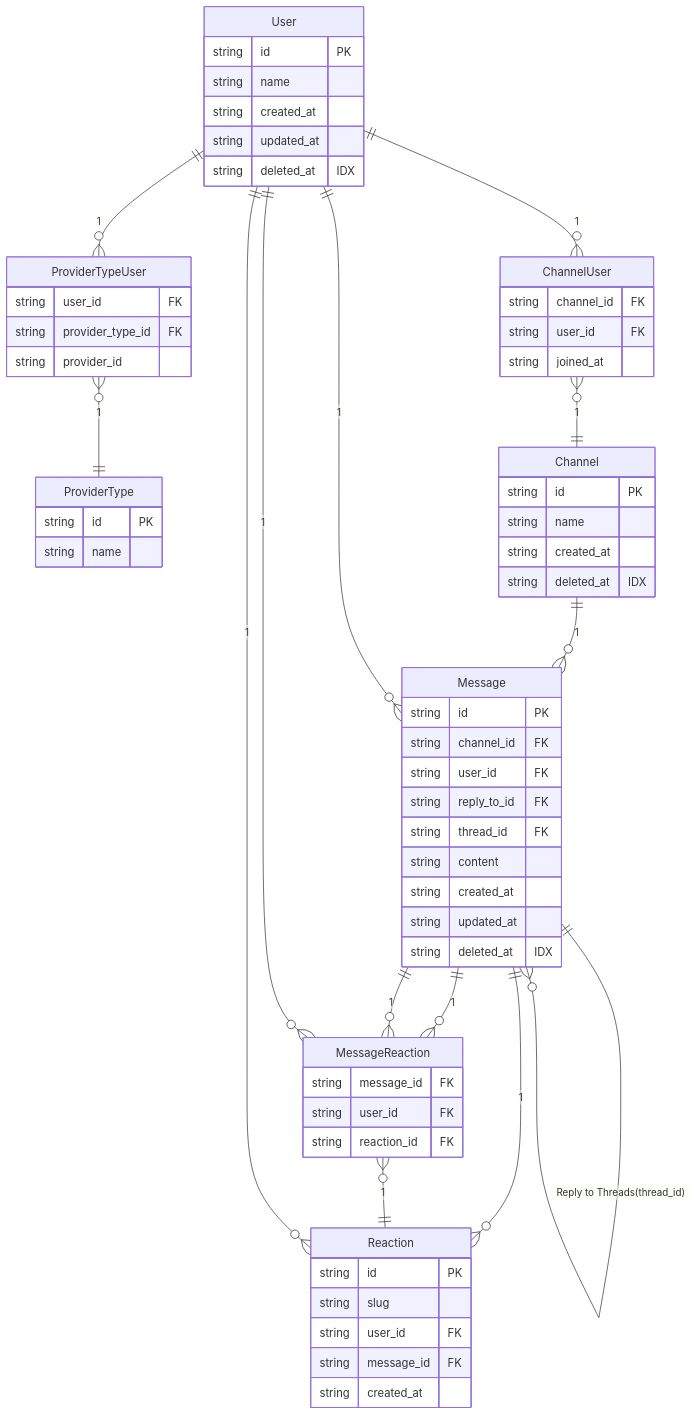
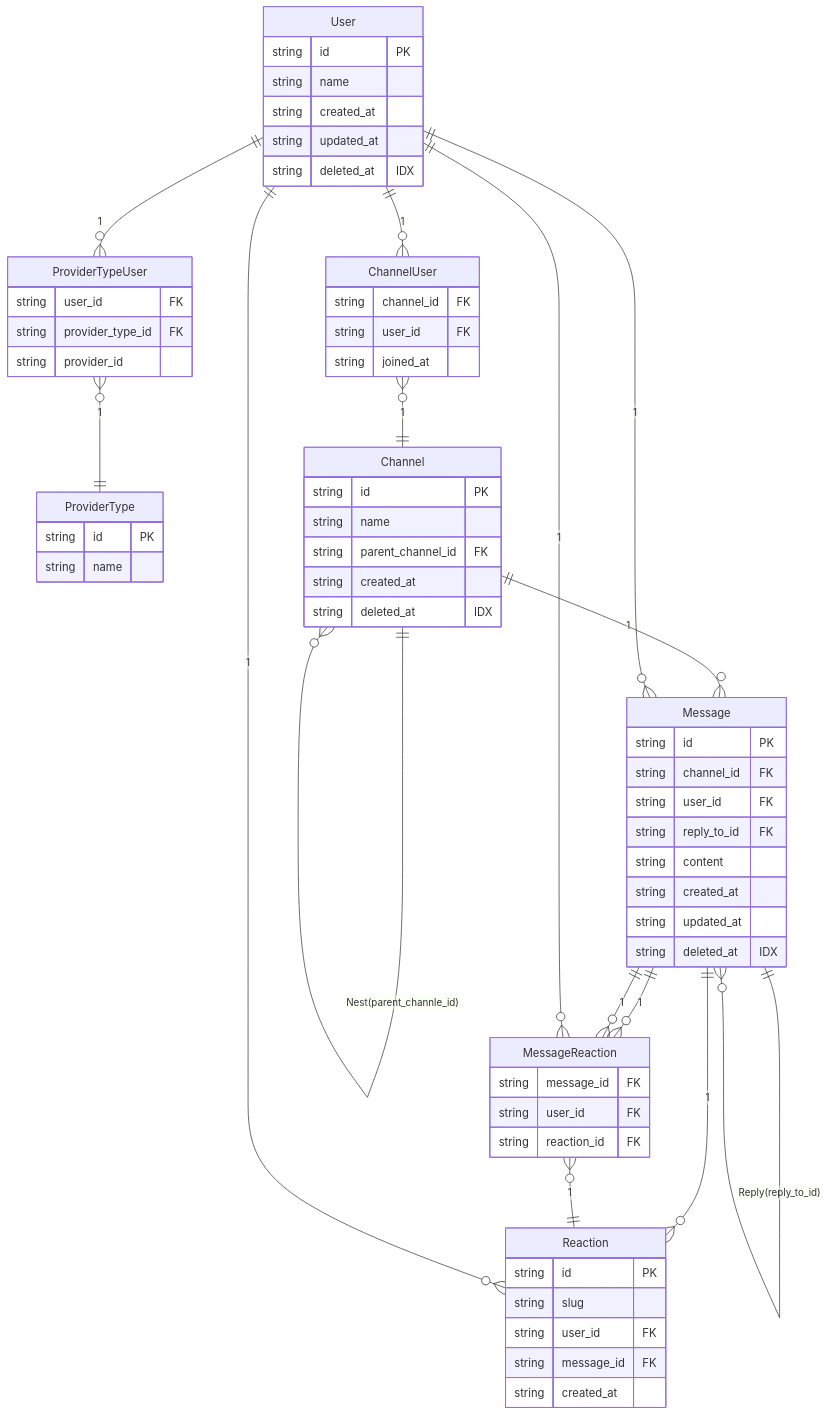
One commit to saitamau-maximum/meline changed the diagram in docs/model.md. Above: the diagram before and after it, drawn with Mermaid.

Commit message:
modify: チャンネルがネストするように変更

````diff
--- a/docs/model.md
+++ b/docs/model.md
@@ -12,81 +12,81 @@
 ```mermaid
 erDiagram
 
 User {
     string id "PK"
     string name ""
     string created_at ""
     string updated_at ""
     string deleted_at "IDX"
 }
 
 ProviderTypeUser {
     string user_id "FK"
     string provider_type_id "FK"
     string provider_id ""
 }
 
 ProviderType {
     string id "PK"
     string name ""
 }
 
 Channel {
     string id "PK"
     string name ""
+    string parent_channel_id "FK"
     string created_at ""
     string deleted_at "IDX"
 }
 
 ChannelUser {
     string channel_id "FK"
     string user_id "FK"
     string joined_at ""
 }
 
 Message {
     string id "PK"
     string channel_id "FK"
     string user_id "FK"
     string reply_to_id "FK"
-    string thread_id "FK"
     string content ""
     string created_at ""
     string updated_at ""
     string deleted_at "IDX"
 }
 
 MessageReaction {
     string message_id "FK"
     string user_id "FK"
     string reaction_id "FK"
 }
 
 Reaction {
     string id "PK"
     string slug ""
     string user_id "FK"
     string message_id "FK"
     string created_at ""
 }
 
 User ||--o{ ProviderTypeUser : "1"
 User ||--o{ ChannelUser : "1"
 
 ProviderTypeUser }o--|| ProviderType : "1"
 
 Channel ||--o{ Message : "1"
+Channel ||--o{ Channel : "Nest(parent_channle_id)"
 ChannelUser }o--|| Channel : "1"
 
 Message }o--|| User : "1"
 Message ||--o{ Reaction : "1"
 Message ||--o{ Message : "Reply(reply_to_id)"
-Message ||--o{ Message : "Reply to Threads(thread_id)"
 Message ||--o{ MessageReaction : "1"
 Message ||--o{ MessageReaction : "1"
 
 MessageReaction }o--|| User : "1"
 MessageReaction }o--|| Reaction : "1"
 
 Reaction }o--|| User : "1"
 ```
````
